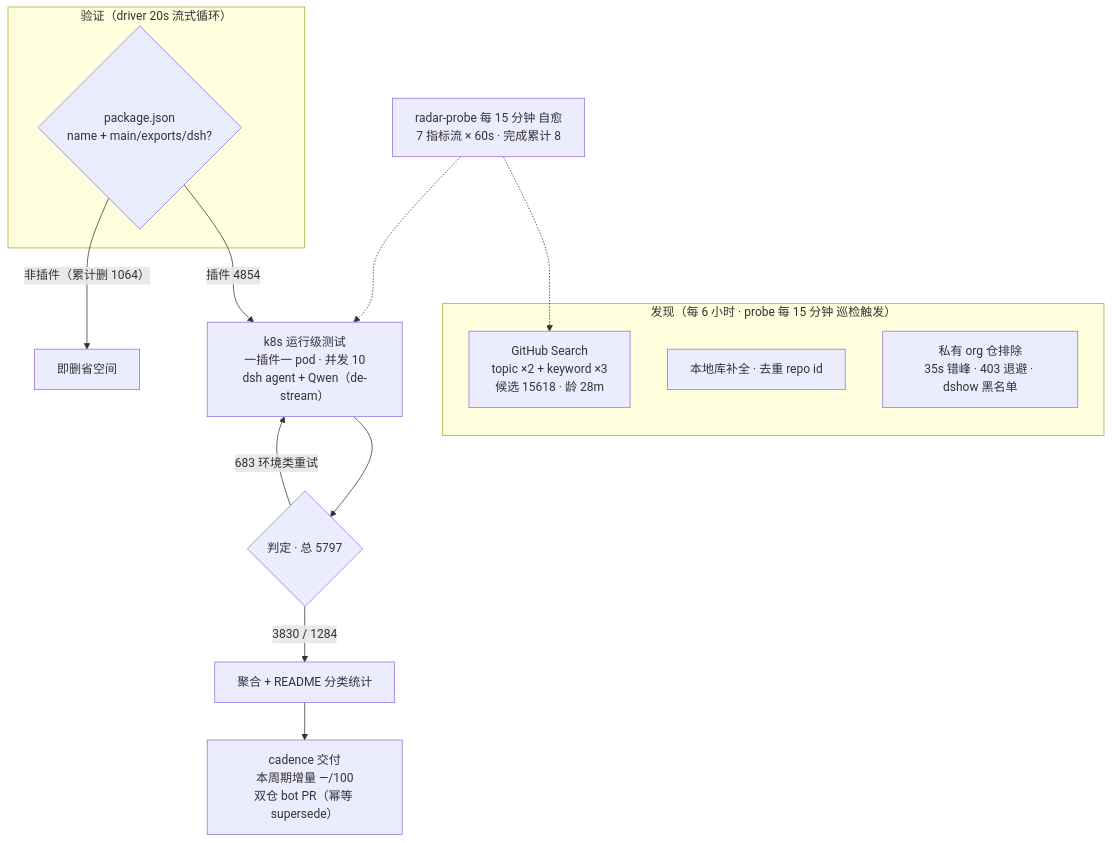
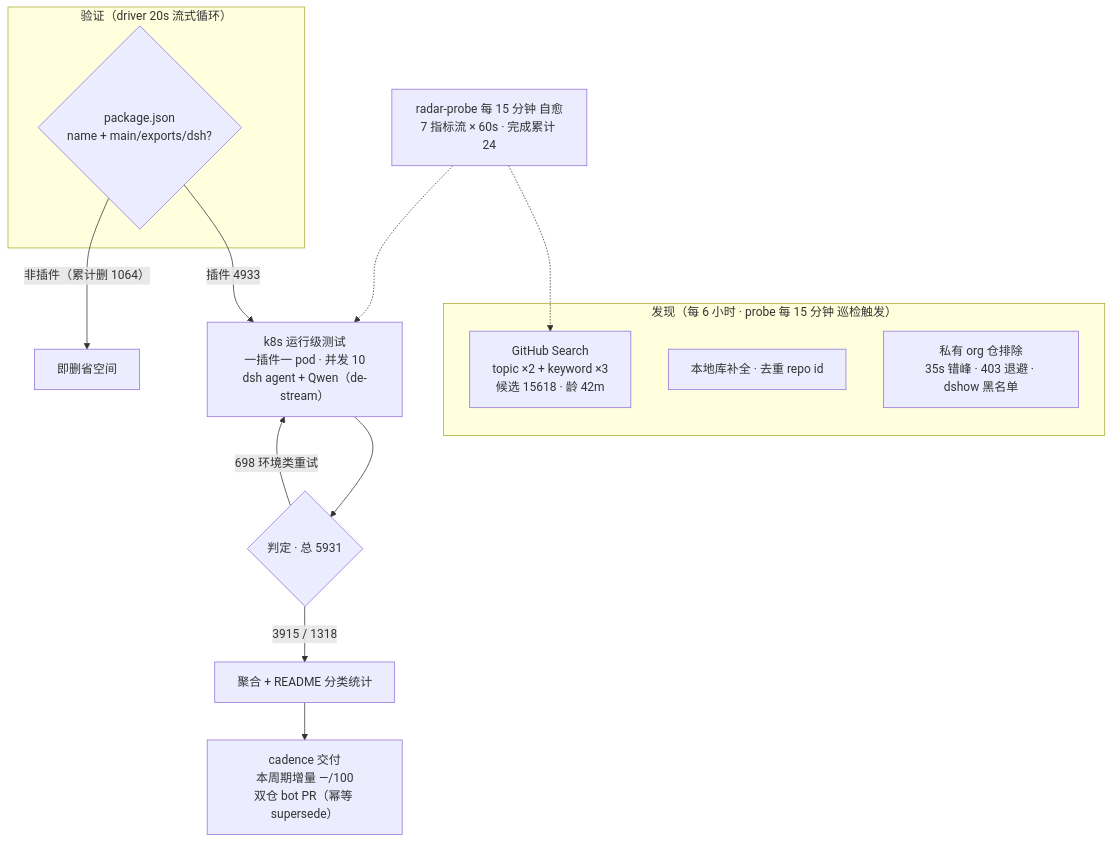
One commit to Zhidao-Lab-OSS/awesome-dsh-plugins changed the diagram in README.md. Above: the diagram before and after it, drawn with Mermaid. The commit also changed other lines of this file and 1 other file, not shown here.

````diff
--- a/README.md
+++ b/README.md
@@ -37,20 +37,20 @@
 ```mermaid
 flowchart TB
     subgraph Discovery["发现（每 6 小时 · probe 每 15 分钟 巡检触发）"]
-        A1["GitHub Search<br/>topic ×2 + keyword ×3<br/>候选 15618 · 龄 28m"]
+        A1["GitHub Search<br/>topic ×2 + keyword ×3<br/>候选 15618 · 龄 42m"]
         A2["本地库补全 · 去重 repo id"]
         A3["私有 org 仓排除<br/>35s 错峰 · 403 退避 · dshow 黑名单"]
     end
     subgraph Validation["验证（driver 20s 流式循环）"]
         B1{"package.json<br/>name + main/exports/dsh?"}
     end
-    B1 -->|"插件 4854"| C1["k8s 运行级测试<br/>一插件一 pod · 并发 10<br/>dsh agent + Qwen（de-stream）"]
+    B1 -->|"插件 4933"| C1["k8s 运行级测试<br/>一插件一 pod · 并发 10<br/>dsh agent + Qwen（de-stream）"]
     B1 -->|"非插件（累计删 1064）"| B3["即删省空间"]
-    C1 --> D1{"判定 · 总 5797"}
-    D1 -->|"3830 / 1284"| E1["聚合 + README 分类统计"]
-    D1 -->|"683 环境类重试"| C1
+    C1 --> D1{"判定 · 总 5931"}
+    D1 -->|"3915 / 1318"| E1["聚合 + README 分类统计"]
+    D1 -->|"698 环境类重试"| C1
     E1 --> E2["cadence 交付<br/>本周期增量 —/100<br/>双仓 bot PR（幂等 supersede）"]
-    M["radar-probe 每 15 分钟 自愈<br/>7 指标流 × 60s · 完成累计 8"]
+    M["radar-probe 每 15 分钟 自愈<br/>7 指标流 × 60s · 完成累计 24"]
     M -.-> A1
     M -.-> C1
 ```
````
